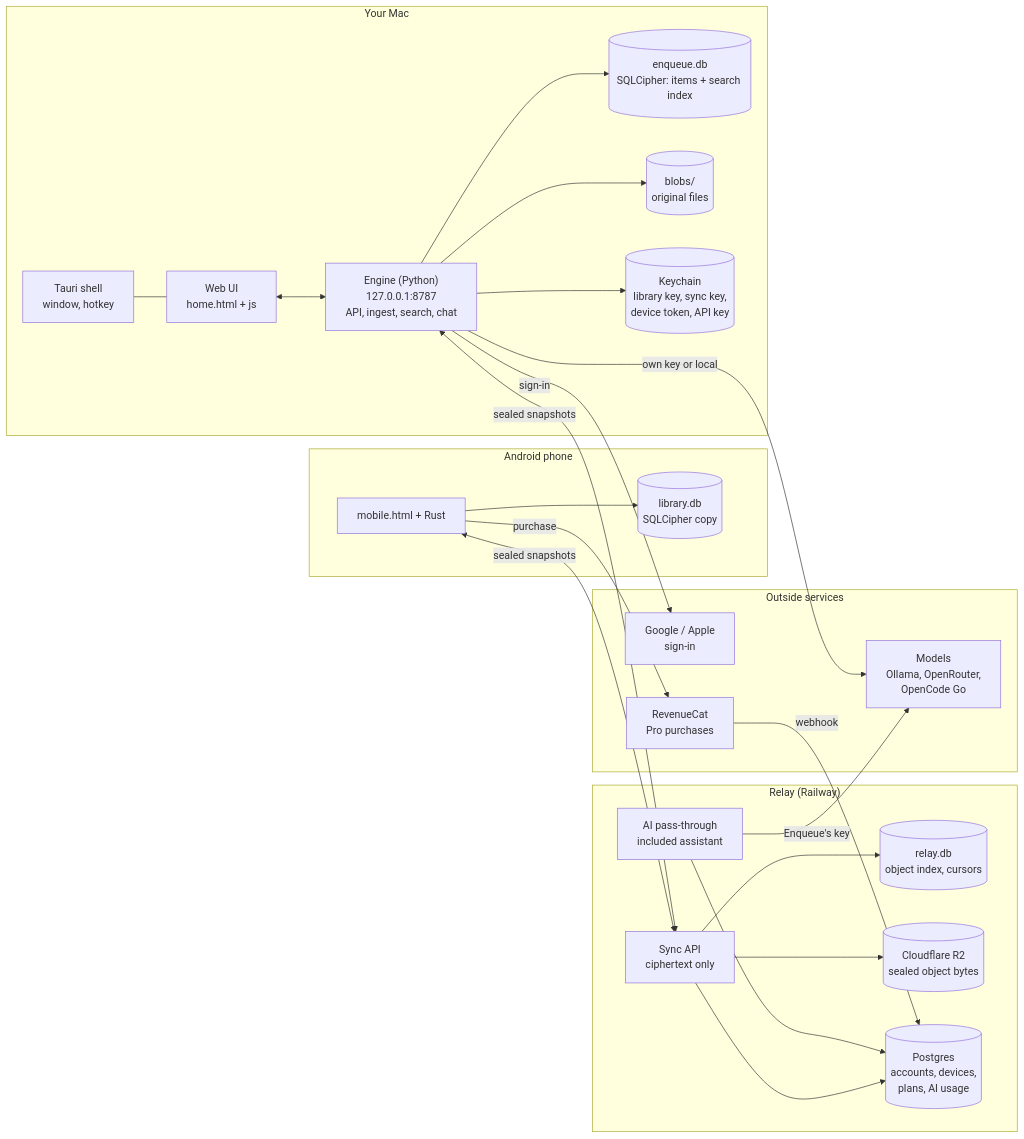
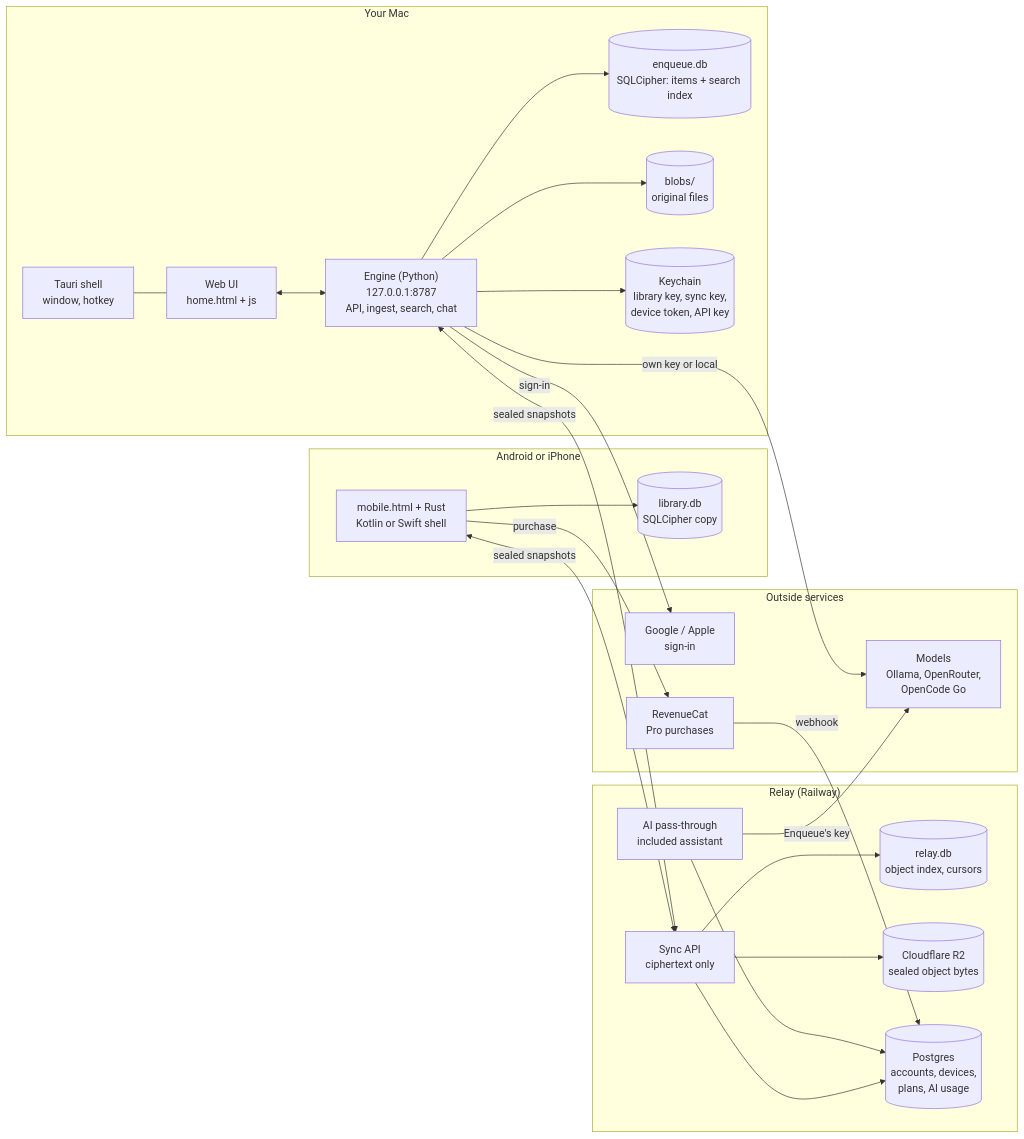
One commit to sudohnim/enqueue changed the first of 3 diagrams in docs/ARCHITECTURE.md. Above: the diagram before and after it, drawn with Mermaid. The commit also changed other lines of this file and 63 other files, not shown here.

````diff
--- a/docs/ARCHITECTURE.md
+++ b/docs/ARCHITECTURE.md
@@ -8,48 +8,48 @@
 ```mermaid
 flowchart LR
   subgraph Mac["Your Mac"]
     Shell["Tauri shell<br/>window, hotkey"]
     UI["Web UI<br/>home.html + js"]
     Engine["Engine (Python)<br/>127.0.0.1:8787<br/>API, ingest, search, chat"]
     DB[("enqueue.db<br/>SQLCipher: items + search index")]
     Blobs[("blobs/<br/>original files")]
     Keychain[("Keychain<br/>library key, sync key,<br/>device token, API key")]
     Shell --- UI
     UI <--> Engine
     Engine --> DB
     Engine --> Blobs
     Engine --> Keychain
   end
 
   subgraph Relay["Relay (Railway)"]
     SyncAPI["Sync API<br/>ciphertext only"]
     Index[("relay.db<br/>object index, cursors")]
     R2[("Cloudflare R2<br/>sealed object bytes")]
     Accounts[("Postgres<br/>accounts, devices,<br/>plans, AI usage")]
     AI["AI pass-through<br/>included assistant"]
     SyncAPI --> Index
     SyncAPI --> R2
     SyncAPI --> Accounts
     AI --> Accounts
   end
 
-  subgraph Phone["Android phone"]
-    App["mobile.html + Rust"]
+  subgraph Phone["Android or iPhone"]
+    App["mobile.html + Rust<br/>Kotlin or Swift shell"]
     PhoneDB[("library.db<br/>SQLCipher copy")]
     App --> PhoneDB
   end
 
   subgraph Outside["Outside services"]
     Sign["Google / Apple<br/>sign-in"]
     RC["RevenueCat<br/>Pro purchases"]
     Models["Models<br/>Ollama, OpenRouter,<br/>OpenCode Go"]
   end
 
   Engine <-->|sealed snapshots| SyncAPI
   App <-->|sealed snapshots| SyncAPI
   Engine -->|own key or local| Models
   AI -->|Enqueue's key| Models
   Engine -->|sign-in| Sign
   RC -->|webhook| Accounts
   App -->|purchase| RC
 ```
````
